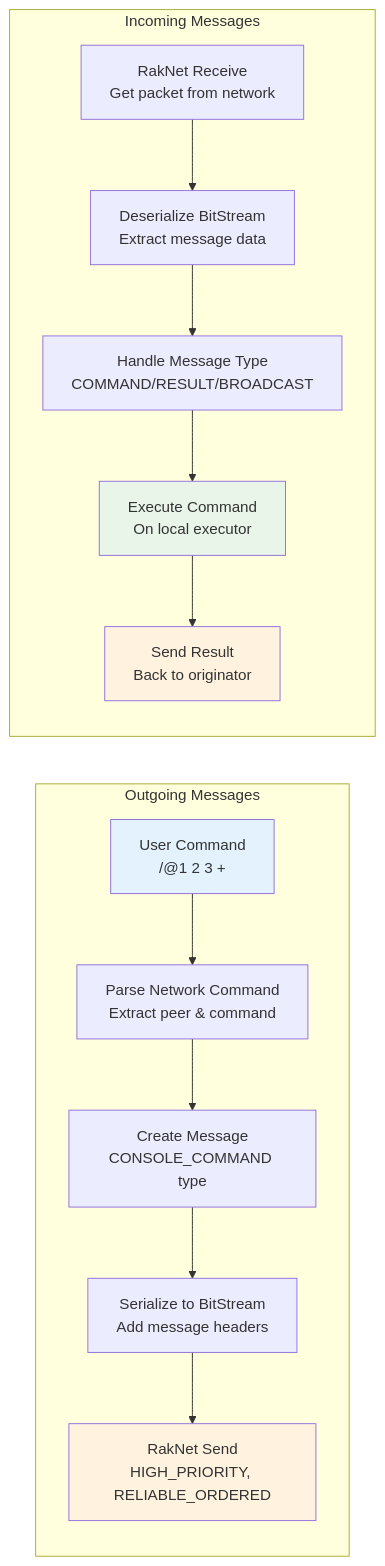
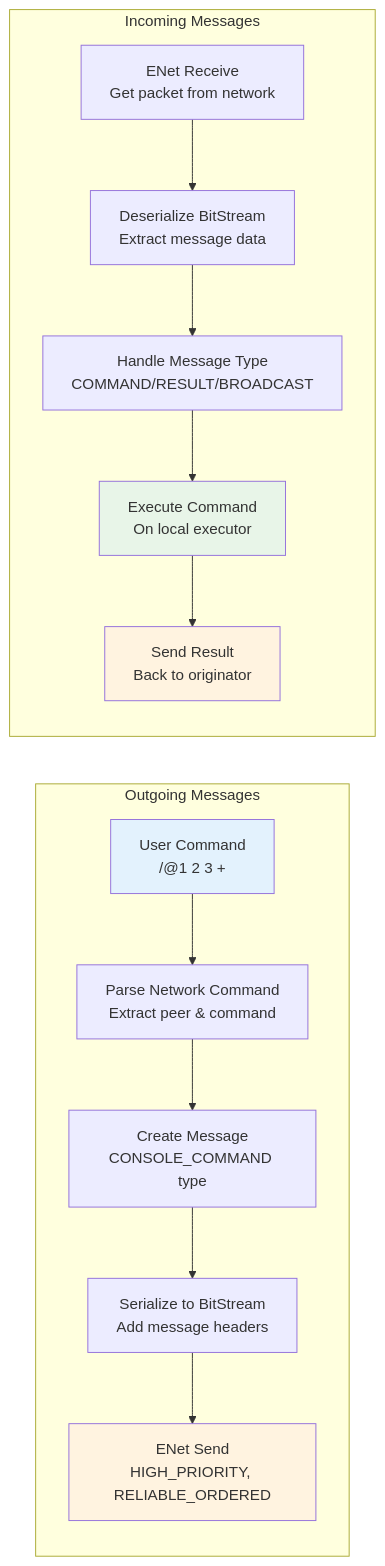
The sixth of 7 diagrams in resources/diagrams/console-networking-architecture.md (cschladetsch/CppKAI), drawn with Mermaid before and after one commit. The commit also changed other lines of this file and 136 other files, not shown here.

Commit message:
Remove RakNet and add ENet transport abstraction

````diff
--- a/resources/diagrams/console-networking-architecture.md
+++ b/resources/diagrams/console-networking-architecture.md
@@ -195,26 +195,26 @@
 ```mermaid
 graph LR
     subgraph "Outgoing Messages"
         USER_INPUT[User Command<br/>/@1 2 3 +]
         PARSE_CMD[Parse Network Command<br/>Extract peer & command]
         CREATE_MSG[Create Message<br/>CONSOLE_COMMAND type]
         SERIALIZE[Serialize to BitStream<br/>Add message headers]
-        SEND[RakNet Send<br/>HIGH_PRIORITY, RELIABLE_ORDERED]
+        SEND[ENet Send<br/>HIGH_PRIORITY, RELIABLE_ORDERED]
     end
     
     subgraph "Incoming Messages" 
-        RECEIVE[RakNet Receive<br/>Get packet from network]
+        RECEIVE[ENet Receive<br/>Get packet from network]
         DESERIALIZE[Deserialize BitStream<br/>Extract message data]
         HANDLE_MSG[Handle Message Type<br/>COMMAND/RESULT/BROADCAST]
         EXECUTE[Execute Command<br/>On local executor]
         SEND_RESULT[Send Result<br/>Back to originator]
     end
     
     USER_INPUT --> PARSE_CMD --> CREATE_MSG --> SERIALIZE --> SEND
     RECEIVE --> DESERIALIZE --> HANDLE_MSG --> EXECUTE --> SEND_RESULT
     
     style USER_INPUT fill:#e3f2fd
     style EXECUTE fill:#e8f5e8
     style SEND fill:#fff3e0
     style SEND_RESULT fill:#fff3e0
 ```
````
